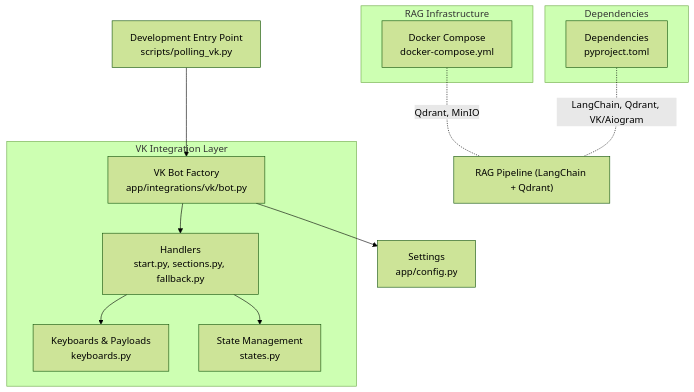
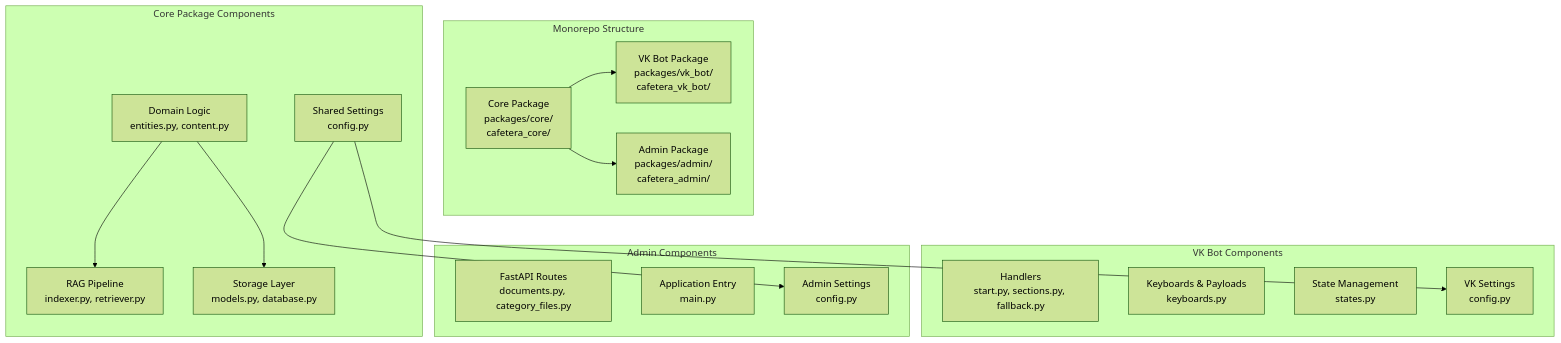
The first of 6 diagrams in .qoder/repowiki/en/content/Project Overview.md (ognelis/cafetera_hr_bot), drawn with Mermaid (forest theme) before and after one commit. The commit also changed other lines of this file and 139 other files, not shown here.

````diff
--- a/.qoder/repowiki/en/content/Project Overview.md
+++ b/.qoder/repowiki/en/content/Project Overview.md
@@ -58,24 +75,31 @@
 ```mermaid
 graph TB
-subgraph "VK Integration Layer"
-VKBot["VK Bot Factory<br/>app/integrations/vk/bot.py"]
+subgraph "Monorepo Structure"
+Core["Core Package<br/>packages/core/<br/>cafetera_core/"]
+VKBot["VK Bot Package<br/>packages/vk_bot/<br/>cafetera_vk_bot/"]
+Admin["Admin Package<br/>packages/admin/<br/>cafetera_admin/"]
+end
+subgraph "Core Package Components"
+CoreDomain["Domain Logic<br/>entities.py, content.py"]
+CoreRAG["RAG Pipeline<br/>indexer.py, retriever.py"]
+CoreStorage["Storage Layer<br/>models.py, database.py"]
+CoreConfig["Shared Settings<br/>config.py"]
+end
+subgraph "VK Bot Components"
 VKHandlers["Handlers<br/>start.py, sections.py, fallback.py"]
 VKKeyboards["Keyboards & Payloads<br/>keyboards.py"]
 VKStates["State Management<br/>states.py"]
+VKConfig["VK Settings<br/>config.py"]
 end
-Config["Settings<br/>app/config.py"]
-Scripts["Development Entry Point<br/>scripts/polling_vk.py"]
-subgraph "RAG Infrastructure"
-Docker["Docker Compose<br/>docker-compose.yml"]
+subgraph "Admin Components"
+AdminAPI["FastAPI Routes<br/>documents.py, category_files.py"]
+AdminMain["Application Entry<br/>main.py"]
+AdminConfig["Admin Settings<br/>config.py"]
 end
-subgraph "Dependencies"
-PyProj["Dependencies<br/>pyproject.toml"]
-end
-Scripts --> VKBot
-VKBot --> VKHandlers
-VKHandlers --> VKKeyboards
-VKHandlers --> VKStates
-VKBot --> Config
-Docker -. "Qdrant, MinIO" .- RAG["RAG Pipeline (LangChain + Qdrant)"]
-PyProj -. "LangChain, Qdrant, VK/Aiogram" .- RAG
+Core --> VKBot
+Core --> Admin
+CoreDomain --> CoreRAG
+CoreDomain --> CoreStorage
+CoreConfig --> VKConfig
+CoreConfig --> AdminConfig
 ```
````
